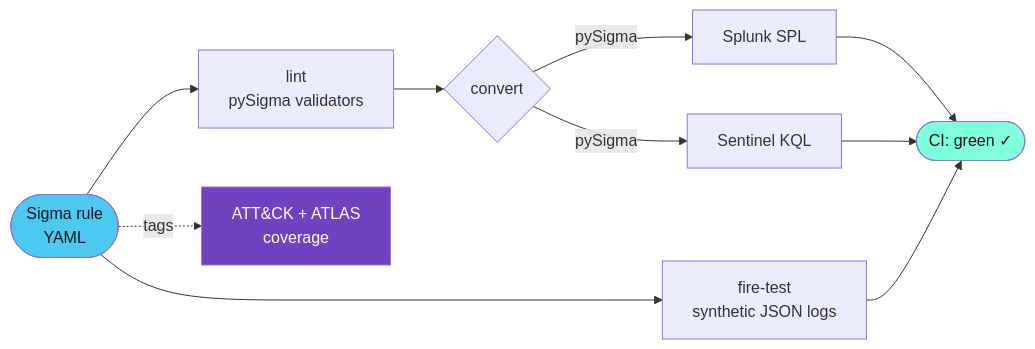
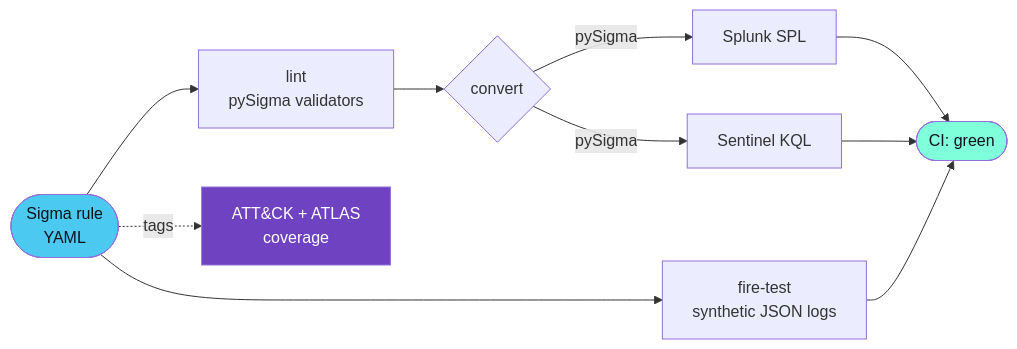
The diagram in README.md (NotACop38/Sigma-Forge), drawn with Mermaid before and after one commit. The commit also changed other lines of this file, not shown here.

````diff
--- a/README.md
+++ b/README.md
@@ -58,15 +58,15 @@
 ```mermaid
 flowchart LR
     A([Sigma rule<br/>YAML]) --> B[lint<br/>pySigma validators]
     B --> C{convert}
     C -->|pySigma| D[Splunk SPL]
     C -->|pySigma| E[Sentinel KQL]
     A --> F[fire-test<br/>synthetic JSON logs]
-    D --> G([CI: green ✓])
+    D --> G([CI: green])
     E --> G
     F --> G
     A -. tags .-> H[ATT&CK + ATLAS<br/>coverage]
     style A fill:#4cc9f0,color:#0d1117
     style G fill:#80ffdb,color:#0d1117
     style H fill:#6f42c1,color:#fff
 ```
````
